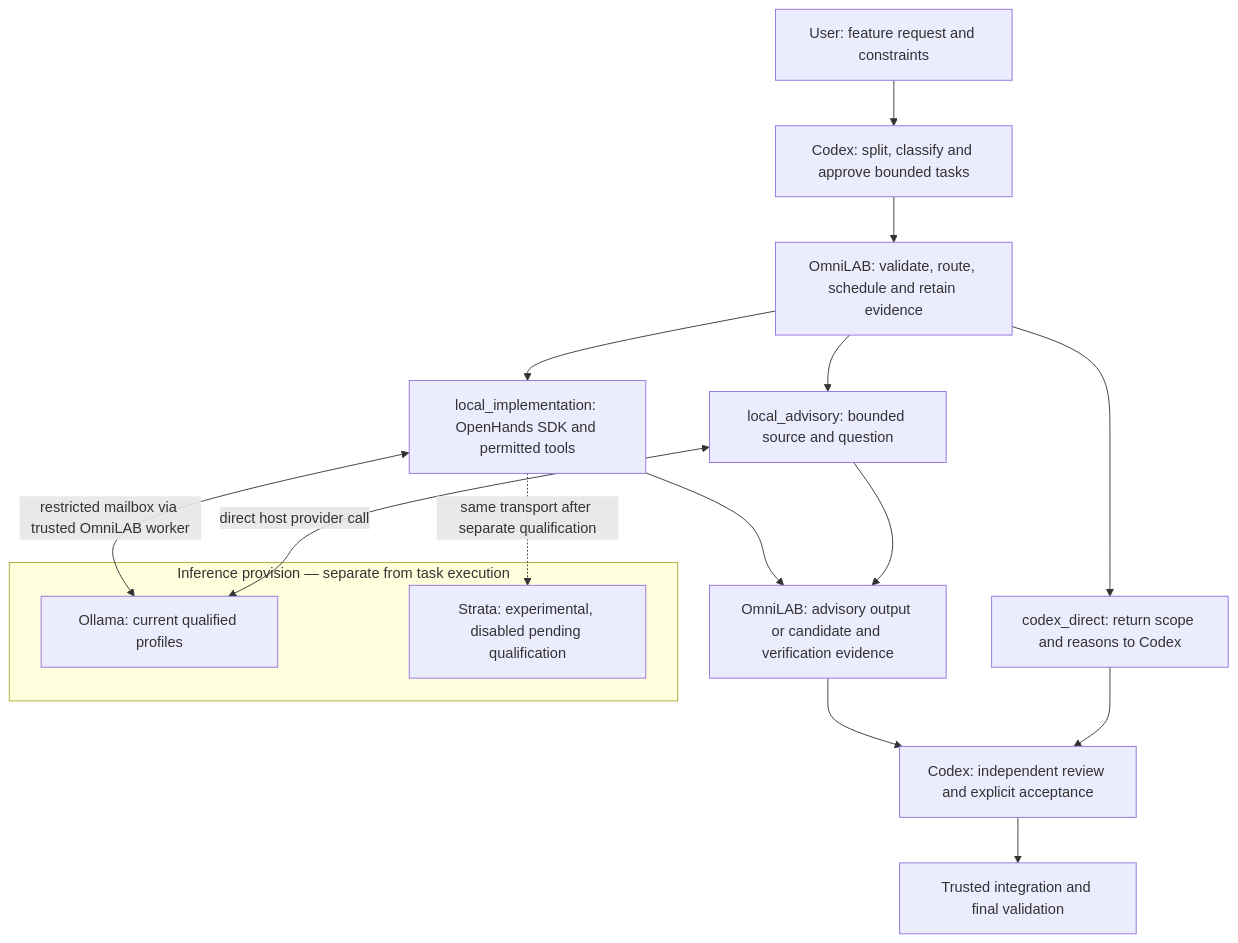
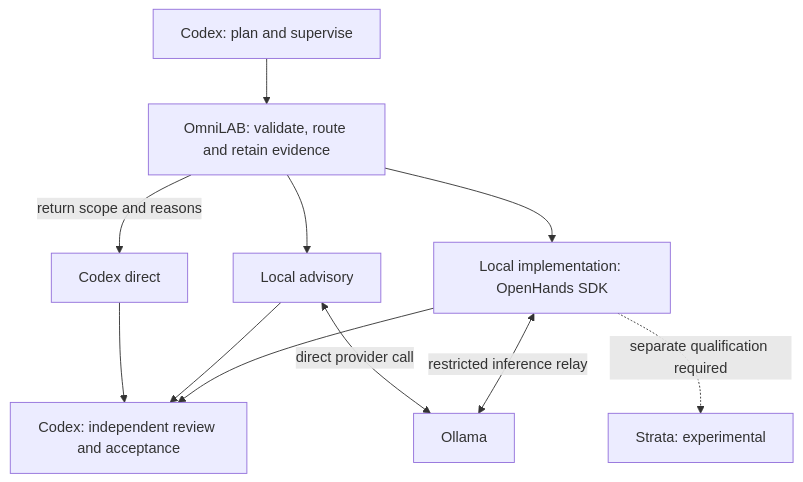
The diagram in README.md (nishdel/OmniLAB-Local-Agent-Bridge-), drawn with Mermaid before and after one commit. The commit also changed other lines of this file and 20 other files, not shown here.

````diff
--- a/README.md
+++ b/README.md
@@ -34,20 +42,13 @@
 ```mermaid
 flowchart TD
-    U["User: feature request and constraints"] --> C["Codex: split, classify and approve bounded tasks"]
-    C --> L["OmniLAB: validate, route, schedule and retain evidence"]
-    L --> D["codex_direct: return scope and reasons to Codex"]
-    L --> A["local_advisory: bounded source and question"]
-    L --> H["local_implementation: OpenHands SDK and permitted tools"]
-    subgraph Inference["Inference provision — separate from task execution"]
-      O["Ollama: current qualified profiles"]
-      S["Strata: experimental, disabled pending qualification"]
-    end
-    A <-->|"direct host provider call"| O
-    H <-->|"restricted mailbox via trusted OmniLAB worker"| O
-    H -.->|"same transport after separate qualification"| S
-    A --> E["OmniLAB: advisory output or candidate and verification evidence"]
-    H --> E
-    D --> R
-    E --> R["Codex: independent review and explicit acceptance"]
-    R --> I["Trusted integration and final validation"]
+    C["Codex: plan and supervise"] --> L["OmniLAB: validate, route and retain evidence"]
+    L -->|"return scope and reasons"| D["Codex direct"]
+    L --> A["Local advisory"]
+    L --> H["Local implementation: OpenHands SDK"]
+    A <-->|"direct provider call"| O["Ollama"]
+    H <-->|"restricted inference relay"| O
+    H -.->|"separate qualification required"| S["Strata: experimental"]
+    D --> R["Codex: independent review and acceptance"]
+    A --> R
+    H --> R
 ```
````
